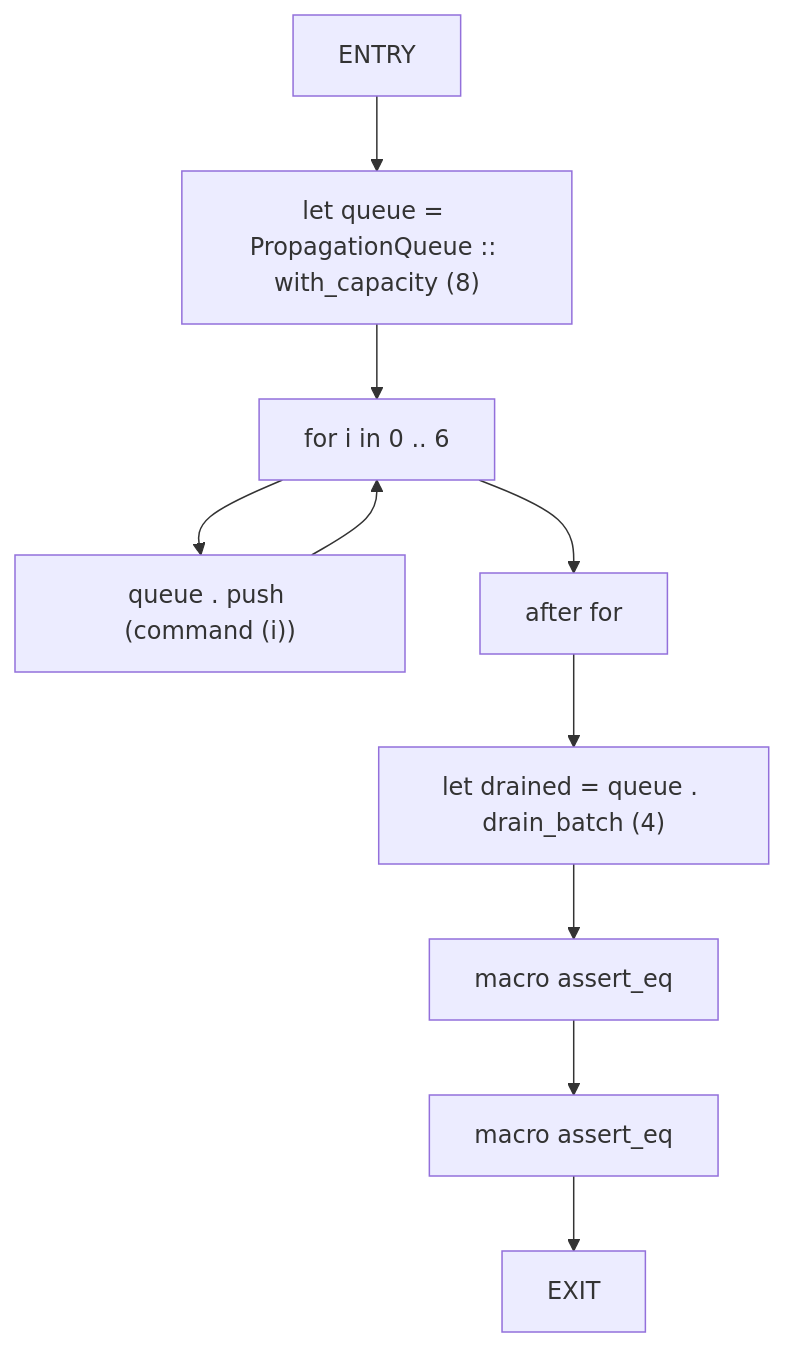
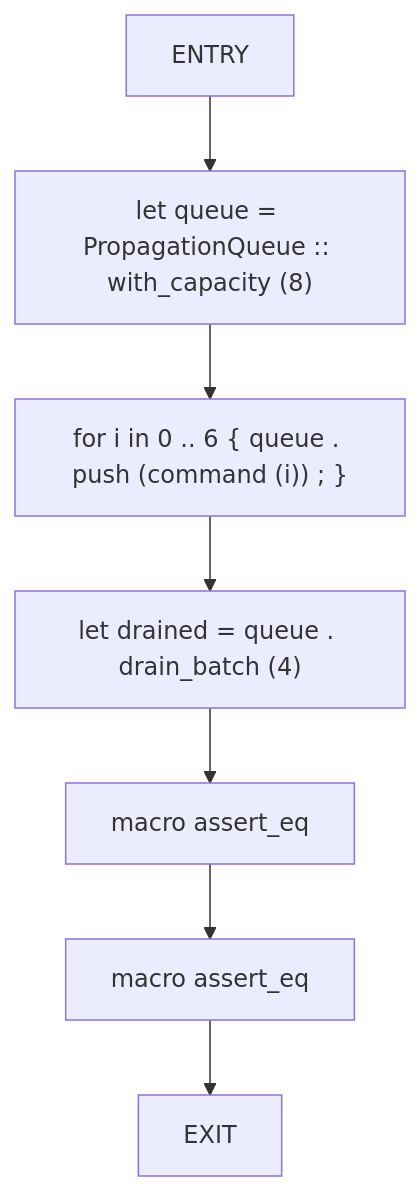
One commit to cicero-violate/MMSB changed the fifth of 20 diagrams in docs/analysis/cfg/040-src-04_propagation.md. Above: the diagram before and after it, drawn with Mermaid. The commit also changed other lines of this file and 865 other files, not shown here.

````diff
--- a/docs/analysis/cfg/040-src-04_propagation.md
+++ b/docs/analysis/cfg/040-src-04_propagation.md
@@ -147,21 +125,16 @@
 ```mermaid
 flowchart TD
     drain_batch_respects_bounds_0["ENTRY"]
     drain_batch_respects_bounds_1["let queue = PropagationQueue :: with_capacity (8)"]
-    drain_batch_respects_bounds_2["for i in 0 .. 6"]
-    drain_batch_respects_bounds_3["queue . push (command (i))"]
-    drain_batch_respects_bounds_4["after for"]
-    drain_batch_respects_bounds_5["let drained = queue . drain_batch (4)"]
-    drain_batch_respects_bounds_6["macro assert_eq"]
-    drain_batch_respects_bounds_7["macro assert_eq"]
-    drain_batch_respects_bounds_8["EXIT"]
+    drain_batch_respects_bounds_2["for i in 0 .. 6 { queue . push (command (i)) ; }"]
+    drain_batch_respects_bounds_3["let drained = queue . drain_batch (4)"]
+    drain_batch_respects_bounds_4["macro assert_eq"]
+    drain_batch_respects_bounds_5["macro assert_eq"]
+    drain_batch_respects_bounds_6["EXIT"]
     drain_batch_respects_bounds_0 --> drain_batch_respects_bounds_1
     drain_batch_respects_bounds_1 --> drain_batch_respects_bounds_2
     drain_batch_respects_bounds_2 --> drain_batch_respects_bounds_3
-    drain_batch_respects_bounds_3 --> drain_batch_respects_bounds_2
-    drain_batch_respects_bounds_2 --> drain_batch_respects_bounds_4
+    drain_batch_respects_bounds_3 --> drain_batch_respects_bounds_4
     drain_batch_respects_bounds_4 --> drain_batch_respects_bounds_5
     drain_batch_respects_bounds_5 --> drain_batch_respects_bounds_6
-    drain_batch_respects_bounds_6 --> drain_batch_respects_bounds_7
-    drain_batch_respects_bounds_7 --> drain_batch_respects_bounds_8
 ```
````
